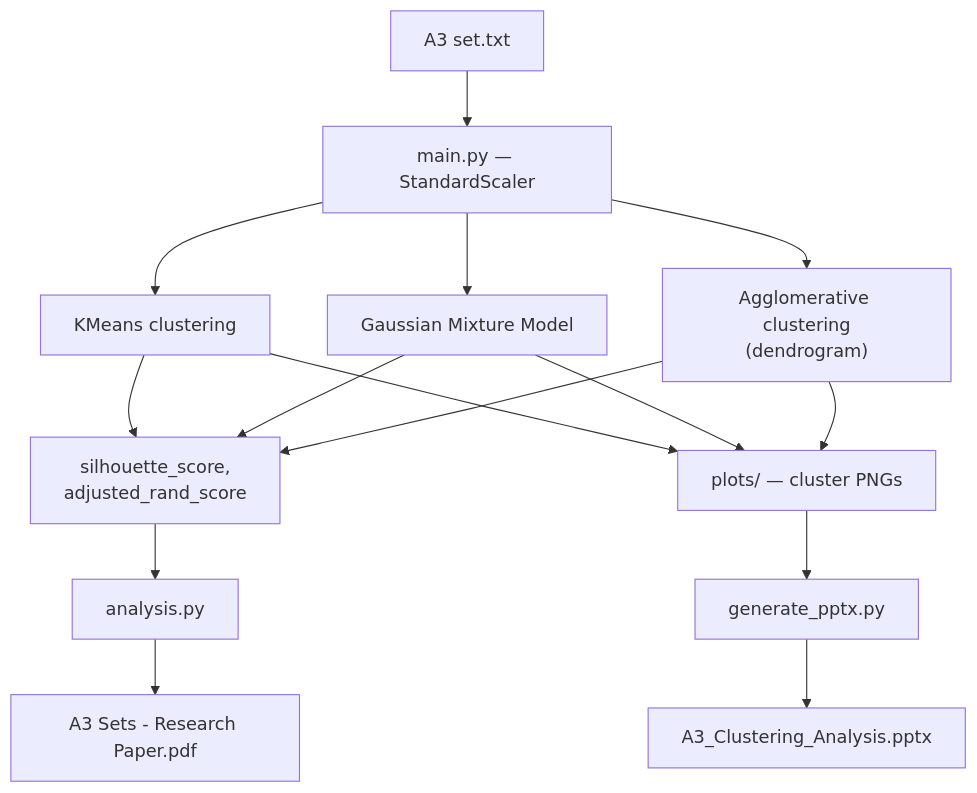
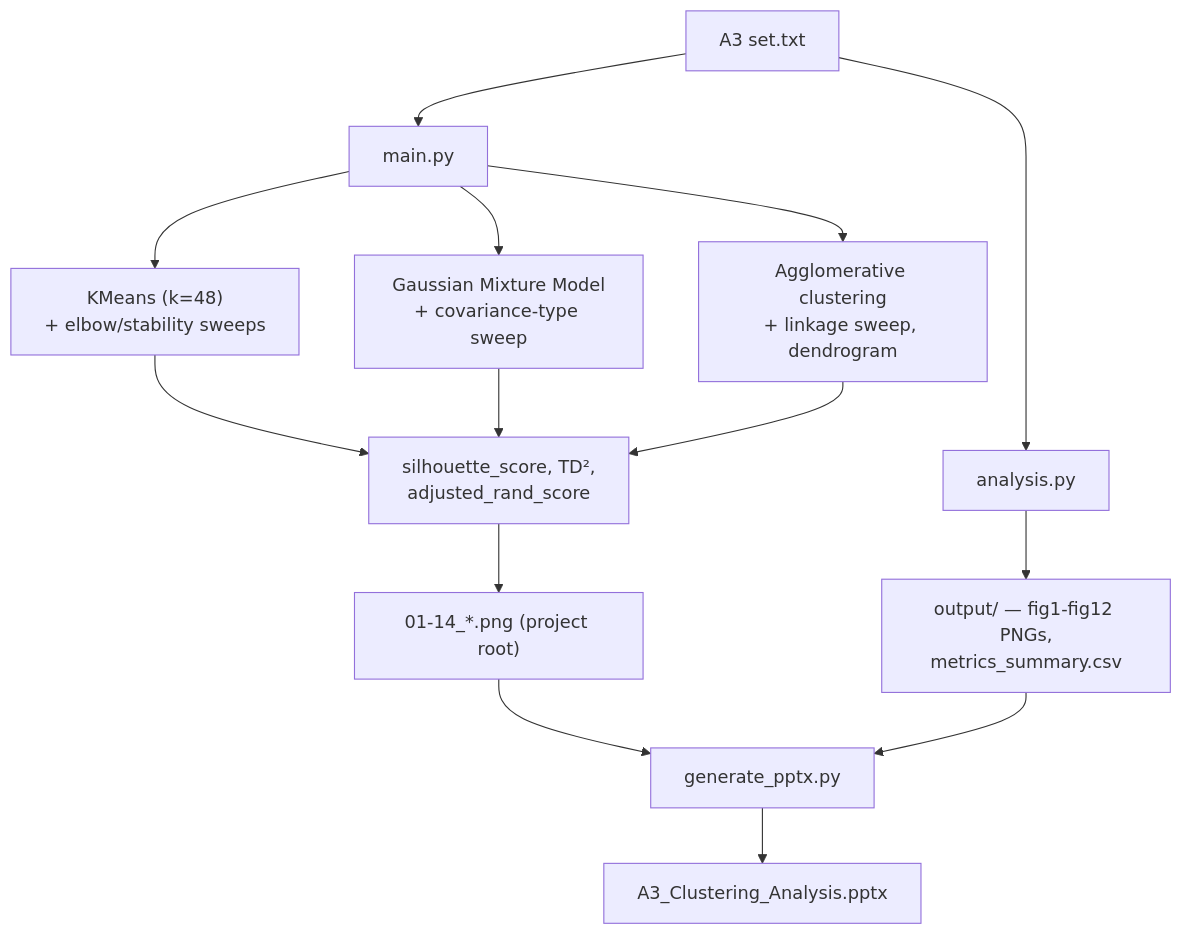
Before and after one commit to andrm101/project-for-data-modelling: the diagram in README.md, drawn with Mermaid. The commit also changed other lines of this file and 59 other files, not shown here.

````diff
--- a/README.md
+++ b/README.md
@@ -7,17 +7,16 @@
 ```mermaid
 flowchart TD
-    Data["A3 set.txt"] --> Prep["main.py — StandardScaler"]
-    Prep --> KMeans["KMeans clustering"]
-    Prep --> GMM["Gaussian Mixture Model"]
-    Prep --> Agg["Agglomerative clustering<br/>(dendrogram)"]
-    KMeans --> Metrics["silhouette_score,<br/>adjusted_rand_score"]
+    Data["A3 set.txt"] --> Prep["main.py"]
+    Prep --> KMeans["KMeans (k=48)<br/>+ elbow/stability sweeps"]
+    Prep --> GMM["Gaussian Mixture Model<br/>+ covariance-type sweep"]
+    Prep --> Agg["Agglomerative clustering<br/>+ linkage sweep, dendrogram"]
+    KMeans --> Metrics["silhouette_score, TD²,<br/>adjusted_rand_score"]
     GMM --> Metrics
     Agg --> Metrics
-    KMeans --> Plots["plots/ — cluster PNGs"]
-    GMM --> Plots
-    Agg --> Plots
-    Metrics --> Analysis["analysis.py"]
-    Analysis --> Paper["A3 Sets - Research Paper.pdf"]
-    Plots --> Deck["generate_pptx.py"]
+    Metrics --> RootPlots["01-14_*.png (project root)"]
+    Data --> Analysis["analysis.py"]
+    Analysis --> OutputPlots["output/ — fig1-fig12 PNGs,<br/>metrics_summary.csv"]
+    RootPlots --> Deck["generate_pptx.py"]
+    OutputPlots --> Deck
     Deck --> PPTX["A3_Clustering_Analysis.pptx"]
 ```
````
